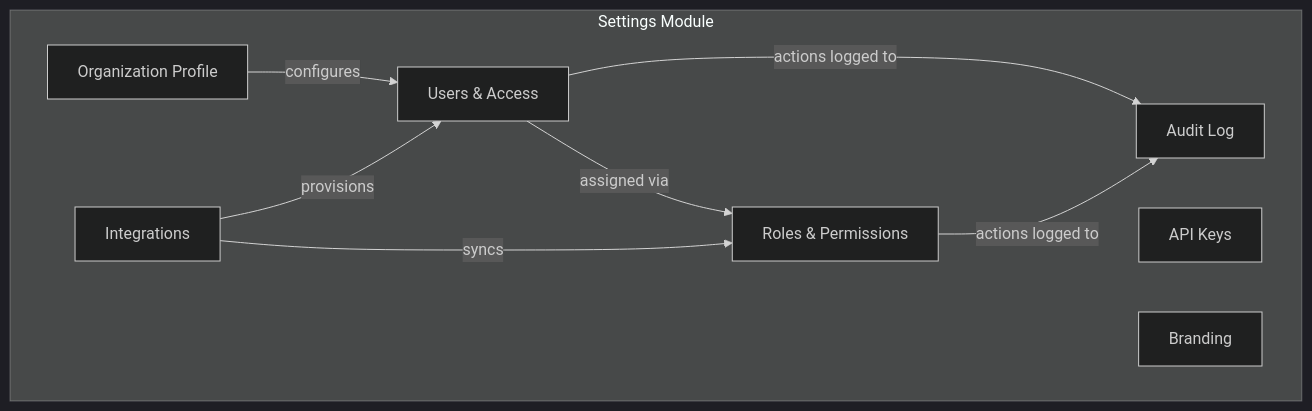
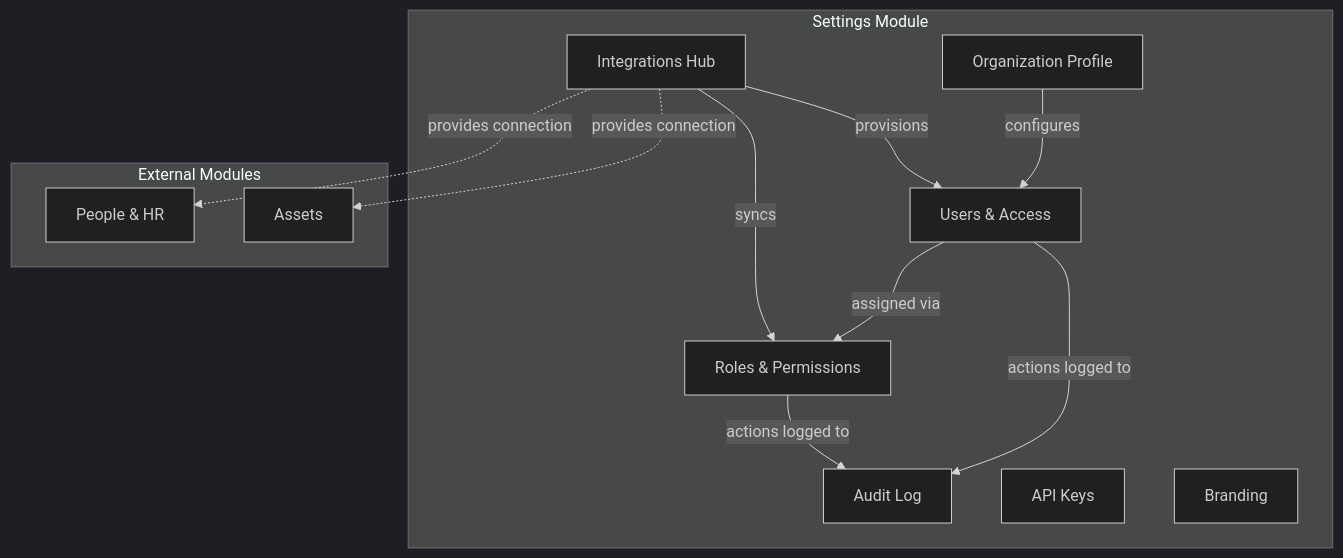
Before and after one commit to stellarsoft-tech/IdaraOS: the first of 9 diagrams in docs/modules/settings/architecture.md, drawn with Mermaid (dark theme). The commit also changed other lines of this file and 42 other files, not shown here.

````diff
--- a/docs/modules/settings/architecture.md
+++ b/docs/modules/settings/architecture.md
@@ -9,19 +9,27 @@
 ```mermaid
 graph TB
     subgraph "Settings Module"
         ORG[Organization Profile]
         USERS[Users & Access]
         ROLES[Roles & Permissions]
-        INT[Integrations]
+        INT[Integrations Hub]
         AUDIT[Audit Log]
         API[API Keys]
         BRAND[Branding]
     end
     
     ORG --> |configures| USERS
     USERS --> |assigned via| ROLES
     INT --> |provisions| USERS
     INT --> |syncs| ROLES
     USERS --> |actions logged to| AUDIT
     ROLES --> |actions logged to| AUDIT
+    
+    subgraph "External Modules"
+        PEOPLE[People & HR]
+        ASSETS[Assets]
+    end
+    
+    INT -.-> |provides connection| PEOPLE
+    INT -.-> |provides connection| ASSETS
 ```
````
